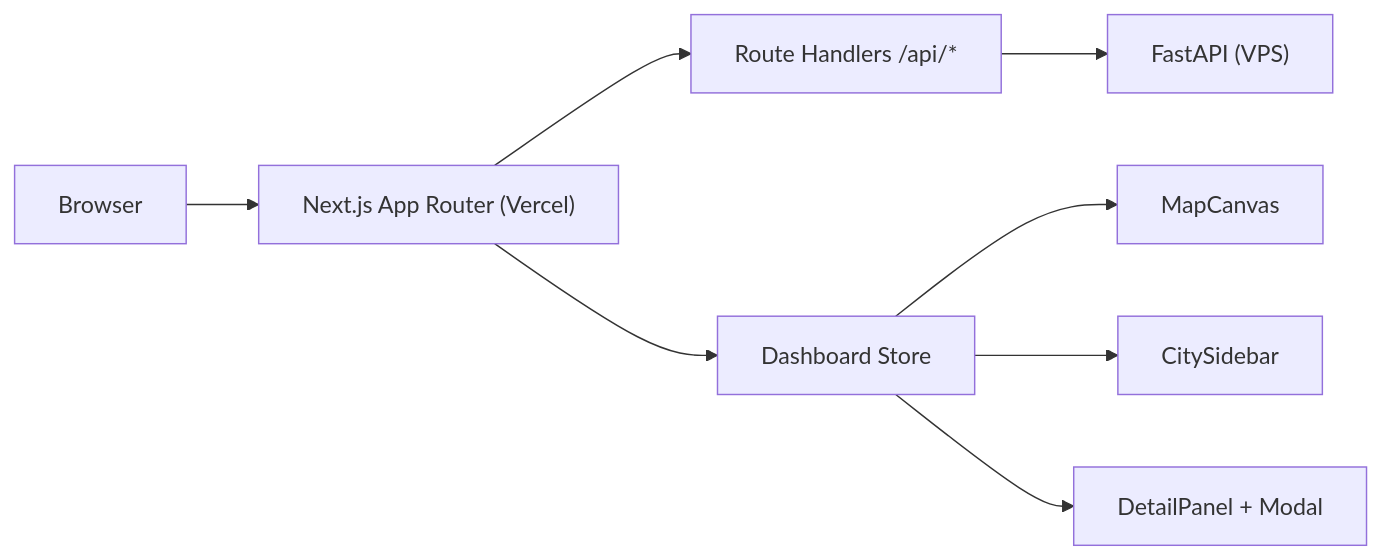
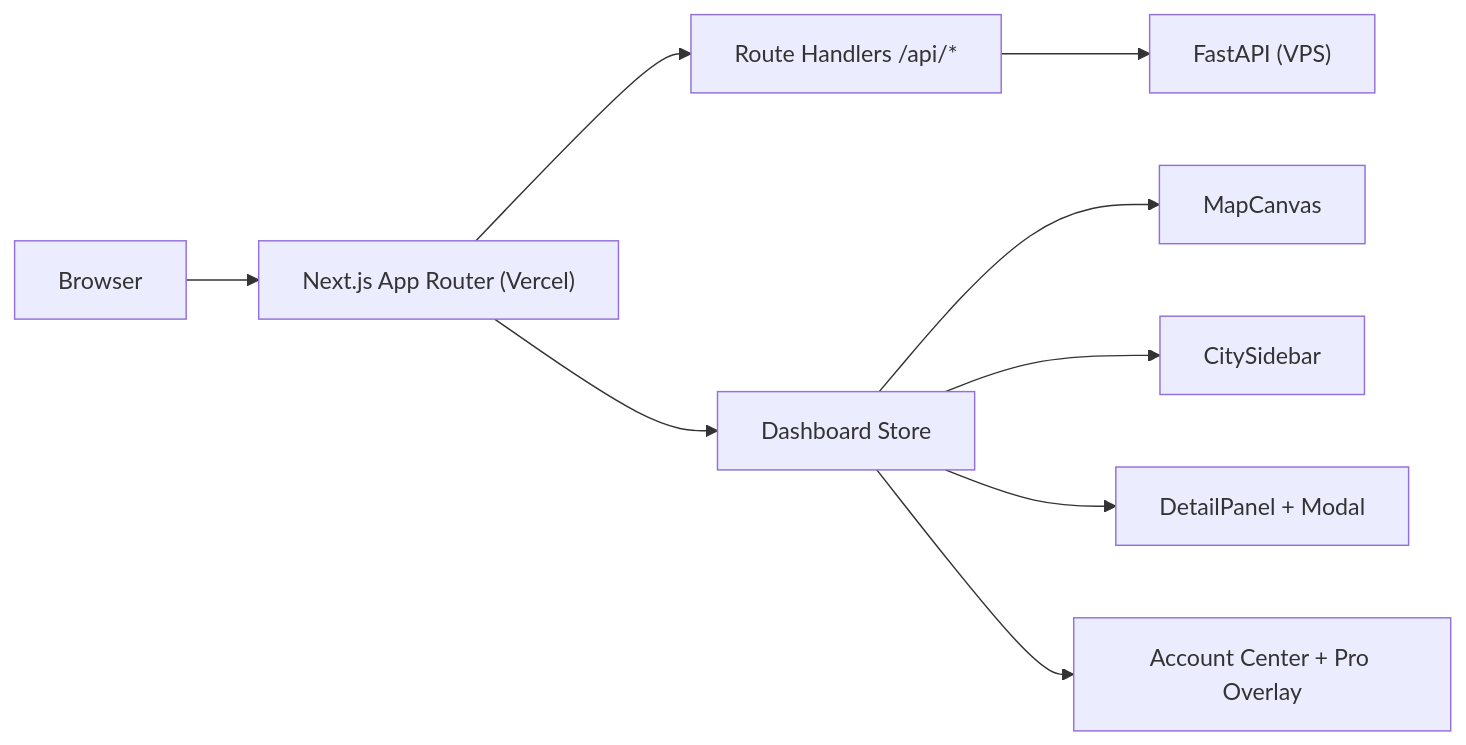
The diagram in FRONTEND_REDESIGN_REPORT.md (ivanmladek/PolyWeather), drawn with Mermaid before and after one commit. The commit also changed other lines of this file and 10 other files, not shown here.

Commit message:
feat: Introduce open-core policy, commercialization, and payment verification documentation, and update README with new product status, payment architecture, and documentation index.

````diff
--- a/FRONTEND_REDESIGN_REPORT.md
+++ b/FRONTEND_REDESIGN_REPORT.md
@@ -11,11 +11,12 @@
 ```mermaid
 flowchart LR
     B["Browser"] --> N["Next.js App Router (Vercel)"]
     N --> RH["Route Handlers /api/*"]
     RH --> F["FastAPI (VPS)"]
 
     N --> STORE["Dashboard Store"]
     STORE --> MAP["MapCanvas"]
     STORE --> SIDEBAR["CitySidebar"]
     STORE --> PANEL["DetailPanel + Modal"]
+    STORE --> ACCOUNT["Account Center + Pro Overlay"]
 ```
````
